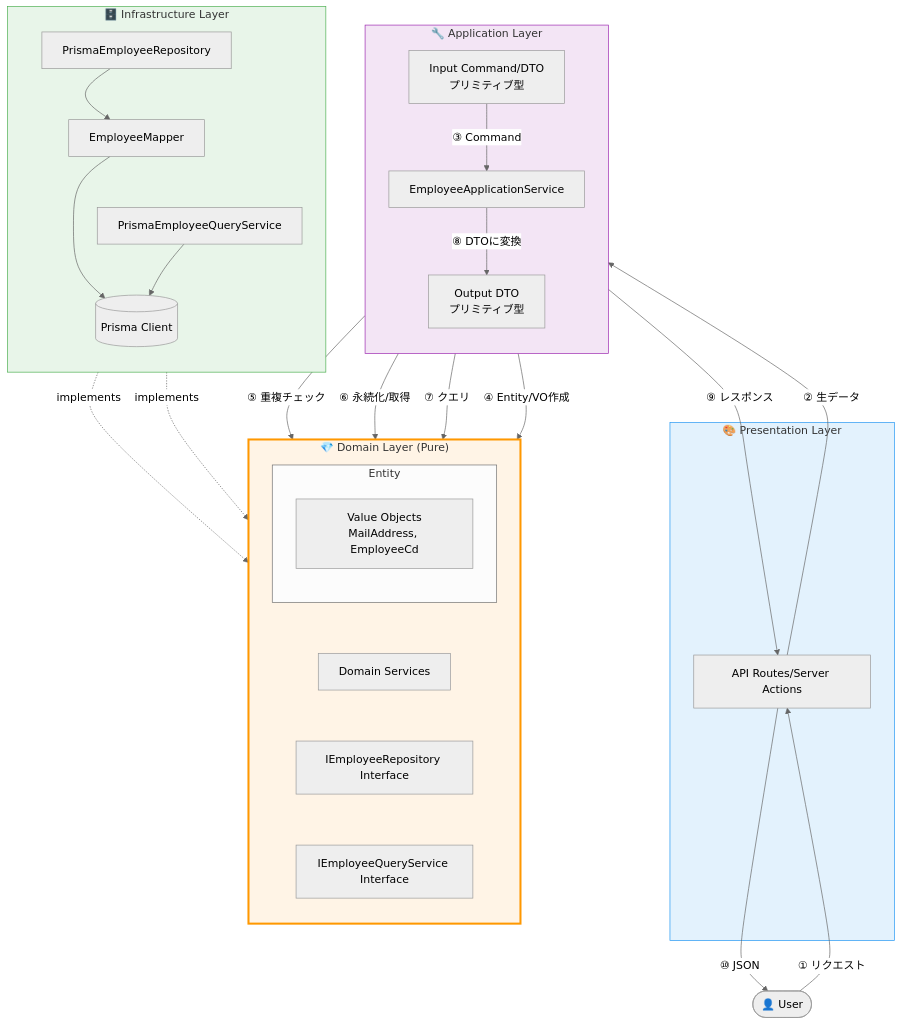
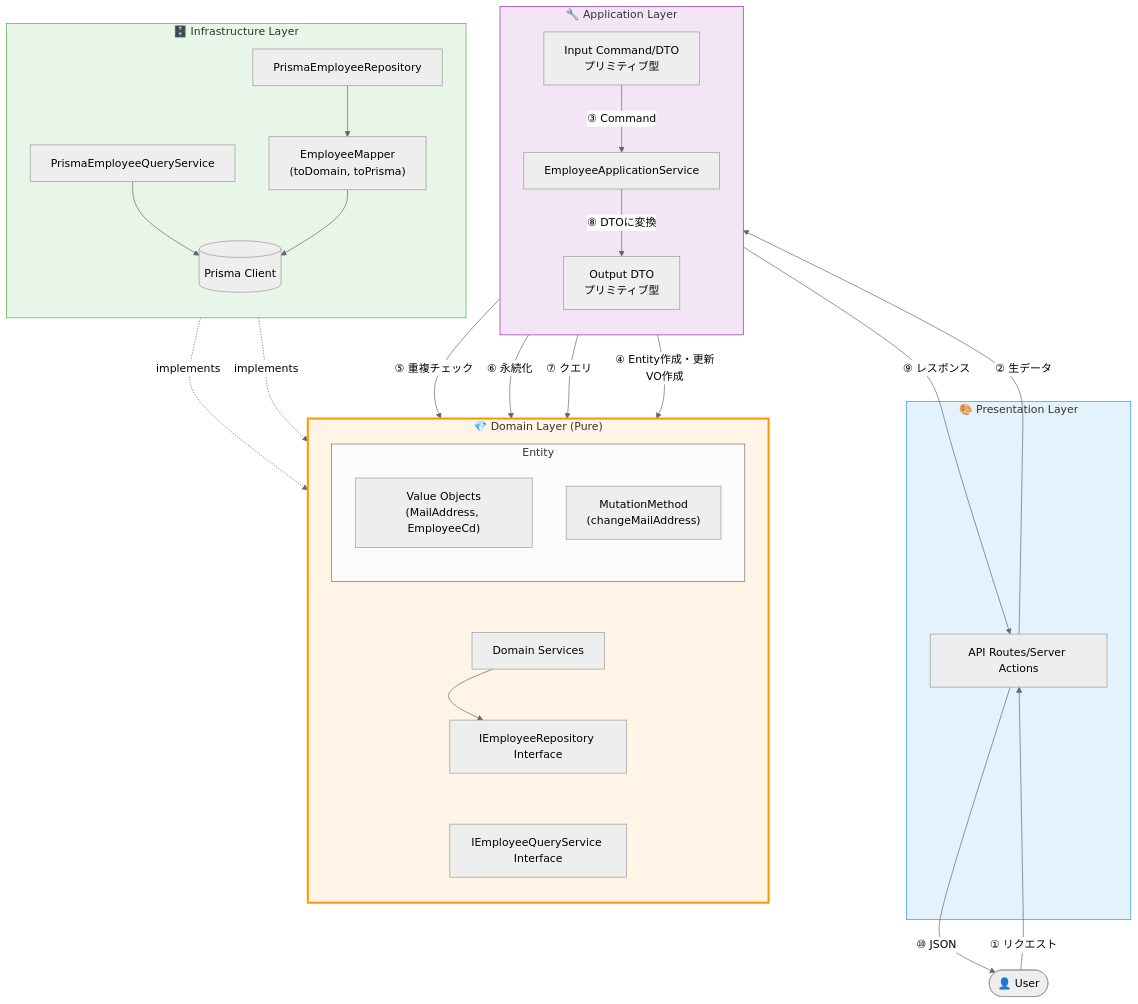
Before and after one commit to chapplehub/estimate-management-system: the first of 5 diagrams in docs/ddd-architecture-overview.md, drawn with Mermaid (neutral theme).

Commit message:
アーキテクチャ図修正

````diff
--- a/docs/ddd-architecture-overview.md
+++ b/docs/ddd-architecture-overview.md
@@ -19,71 +19,68 @@
 ```mermaid
 flowchart TB
     User([👤 User])
 
     subgraph Presentation["🎨 Presentation Layer"]
         API[API Routes/Server Actions]
     end
 
     subgraph Application["🔧 Application Layer"]
         direction TB
         InputDTO[Input Command/DTO<br/>プリミティブ型]
         AppService[EmployeeApplicationService]
         OutputDTO[Output DTO<br/>プリミティブ型]
     end
 
     subgraph Domain["💎 Domain Layer (Pure)"]
         direction TB
         subgraph EntityGroup["Entity"]
             direction TB
-            VO[Value Objects<br/>MailAddress, EmployeeCd]
+            VO["Value Objects<br/>(MailAddress, EmployeeCd)"]
+            MutationMethod["MutationMethod<br/>(changeMailAddress)"]
         end
         DomainService[Domain Services]
         IRepo[IEmployeeRepository Interface]
         IQuery[IEmployeeQueryService Interface]
     end
 
     subgraph Infrastructure["🗄️ Infrastructure Layer"]
         direction TB
         Repo[PrismaEmployeeRepository]
         QueryService[PrismaEmployeeQueryService]
-        Mapper[EmployeeMapper]
+        Mapper["EmployeeMapper<br/>(toDomain, toPrisma)"]
         Prisma[(Prisma Client)]
     end
 
     %% データの流れ（上から下）
     User -->|"① リクエスト"| API
     API -->|"② 生データ"| InputDTO
     InputDTO -->|"③ Command"| AppService
-    AppService -->|"④ Entity/VO作成"| EntityGroup
+    AppService -->|"④ Entity作成・更新<br/>VO作成"| EntityGroup
     AppService -->|"⑤ 重複チェック"| DomainService
-    AppService -->|"⑥ 永続化/取得"| IRepo
+    AppService -->|"⑥ 永続化"| IRepo
     AppService -->|"⑦ クエリ"| IQuery
+    DomainService --> IRepo
 
     %% 層の順序を強制（見えない矢印）
     EntityGroup ~~~ DomainService
     DomainService ~~~ IRepo
     IRepo ~~~ IQuery
     IQuery ~~~ Repo
 
     %% Infrastructure層の実装関係（下から上への点線）
     Repo -.implements.-> IRepo
     QueryService -.implements.-> IQuery
     Repo --> Mapper
     QueryService --> Prisma
     Mapper --> Prisma
 
-    %% Infrastructure層内の依存
-    Repo ~~~ Mapper
-    Mapper ~~~ QueryService
-    QueryService ~~~ Prisma
-
     %% レスポンスの流れ（下から上）
     AppService -->|"⑧ DTOに変換"| OutputDTO
     OutputDTO -->|"⑨ レスポンス"| API
     API -->|"⑩ JSON"| User
 
     style Domain fill:#fff4e6,stroke:#ff9800,stroke-width:3px
     style Presentation fill:#e3f2fd,stroke:#2196f3
     style Application fill:#f3e5f5,stroke:#9c27b0
     style Infrastructure fill:#e8f5e9,stroke:#4caf50
 ```
````
